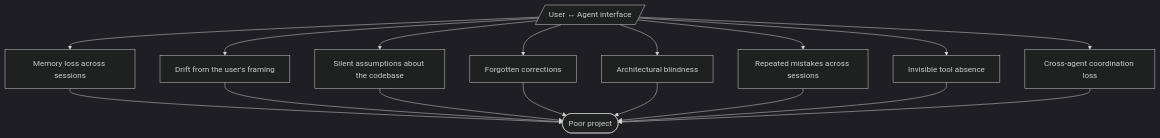
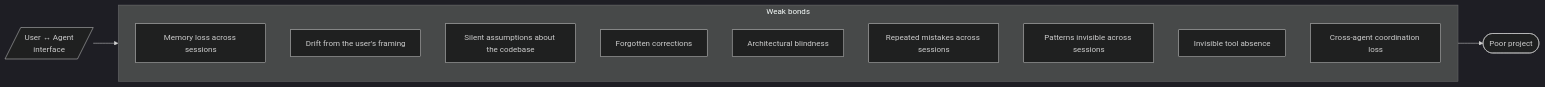
The second of 5 diagrams in apps/docs-site/src/content/docs/explanation/discipline-stack.md (Lizo-RoadTown/tapestry), drawn with Mermaid (dark theme) before and after one commit. The commit also changed other lines of this file and 1 other file, not shown here.

Commit message:
docs(site): v1.3.2 — restructure weak-bonds + parts-compose diagrams
Two more diagram cramping issues on discipline-stack (one of which also
appeared on start/what-stays-on-track):

1. Weak-bonds diagram (8-9 nodes radiating from User<->Agent interface
   to Poor project, all on the same level): mermaid laid the bonds out
   horizontally in a single row of tiny columns. Restructured to LR
   outer with the bonds inside a TB-direction subgraph so they stack
   vertically as a list. Also added the 'Patterns invisible across
   sessions' bond that should have been there since the observer page
   landed.

2. 'How the parts compose' diagram (PROJECT subgraph + PLATFORM subgraph
   + Agent session): the inner subgraph nodes were cramped horizontally
   because the outer was TB without inner direction overrides.
   Restructured to LR outer with both subgraphs using direction TB so
   their internal nodes stack vertically, and Agent session sits to the
   right as the convergence point. Applied to both discipline-stack and
   what-stays-on-track since they share this diagram.

````diff
--- a/apps/docs-site/src/content/docs/explanation/discipline-stack.md
+++ b/apps/docs-site/src/content/docs/explanation/discipline-stack.md
@@ -23,22 +23,22 @@
 ```mermaid
-flowchart TB
-  IFACE[/"User ↔ Agent interface"/]
+flowchart LR
+  IFACE[/"User ↔ Agent<br/>interface"/]
 
-  IFACE --> W1["Memory loss across sessions"]
-  IFACE --> W2["Drift from the user's framing"]
-  IFACE --> W3["Silent assumptions about the codebase"]
-  IFACE --> W4["Forgotten corrections"]
-  IFACE --> W5["Architectural blindness"]
-  IFACE --> W6["Repeated mistakes across sessions"]
-  IFACE --> W7["Invisible tool absence"]
-  IFACE --> W8["Cross-agent coordination loss"]
+  subgraph BONDS["Weak bonds"]
+    direction TB
+    W1["Memory loss across sessions"]
+    W2["Drift from the user's framing"]
+    W3["Silent assumptions about the codebase"]
+    W4["Forgotten corrections"]
+    W5["Architectural blindness"]
+    W6["Repeated mistakes across sessions"]
+    W7["Patterns invisible across sessions"]
+    W8["Invisible tool absence"]
+    W9["Cross-agent coordination loss"]
+  end
 
-  W1 --> POOR([Poor project])
-  W2 --> POOR
-  W3 --> POOR
-  W4 --> POOR
-  W5 --> POOR
-  W6 --> POOR
-  W7 --> POOR
-  W8 --> POOR
+  POOR([Poor project])
+
+  IFACE --> BONDS
+  BONDS --> POOR
 ```
````
